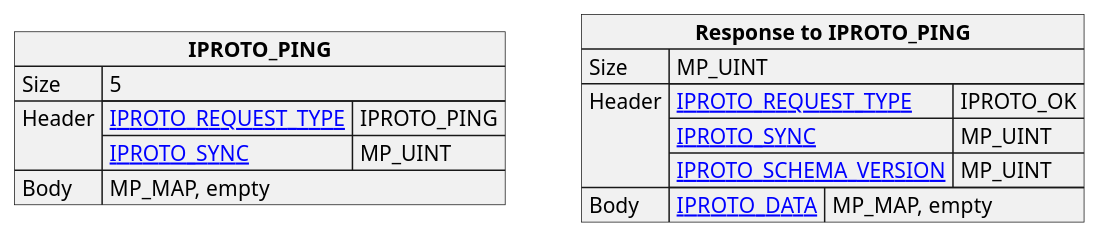
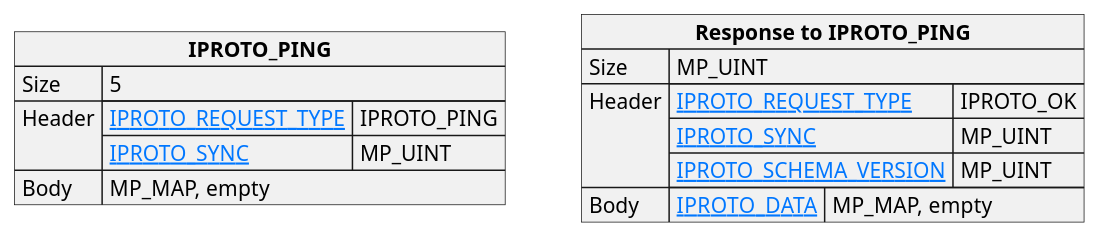
The diagram in doc/dev_guide/internals/iproto/images/ping.puml (tarantool/doc), drawn with PlantUML before and after one commit. The commit also changed 99 other files, not shown here.

Commit message:
Fix plantuml diagrams Broken links and puml parameters

```diff
--- a/doc/dev_guide/internals/iproto/images/ping.puml
+++ b/doc/dev_guide/internals/iproto/images/ping.puml
@@ -1,31 +1,31 @@
 @startuml
 
-skinparam map {
+skinparam {
     HyperlinkColor #0077FF
     FontColor #313131
     BorderColor #313131
     BackgroundColor transparent
 }
 
 json "**IPROTO_PING**" as ping_request {
     "Size": "5",
     "Header": {
       "[[https://tarantool.io/en/doc/latest/dev_guide/internals/iproto/keys IPROTO_REQUEST_TYPE]]": "IPROTO_PING",
       "[[https://tarantool.io/en/doc/latest/dev_guide/internals/iproto/keys IPROTO_SYNC]]": "MP_UINT"
     },
     "Body": "MP_MAP, empty"
 }
 
 json "**Response to IPROTO_PING**" as insert_response {
     "Size": "MP_UINT",
     "Header": {
-    "[[tarantool.io/en/doc/latest/dev_guide/internals/iproto/keys IPROTO_REQUEST_TYPE]]": "IPROTO_OK",
-    "[[tarantool.io/en/doc/latest/dev_guide/internals/iproto/keys IPROTO_SYNC]]": "MP_UINT",
-    "[[tarantool.io/en/doc/latest/dev_guide/internals/iproto/keys IPROTO_SCHEMA_VERSION]]": "MP_UINT"
+    "[[https://tarantool.io/en/doc/latest/dev_guide/internals/iproto/keys IPROTO_REQUEST_TYPE]]": "IPROTO_OK",
+    "[[https://tarantool.io/en/doc/latest/dev_guide/internals/iproto/keys IPROTO_SYNC]]": "MP_UINT",
+    "[[https://tarantool.io/en/doc/latest/dev_guide/internals/iproto/keys IPROTO_SCHEMA_VERSION]]": "MP_UINT"
     },
     "Body": {
-    "[[tarantool.io/en/doc/latest/dev_guide/internals/iproto/keys IPROTO_DATA]]": "MP_MAP, empty"
+    "[[https://tarantool.io/en/doc/latest/dev_guide/internals/iproto/keys IPROTO_DATA]]": "MP_MAP, empty"
     }
 }
 
 @enduml
```
